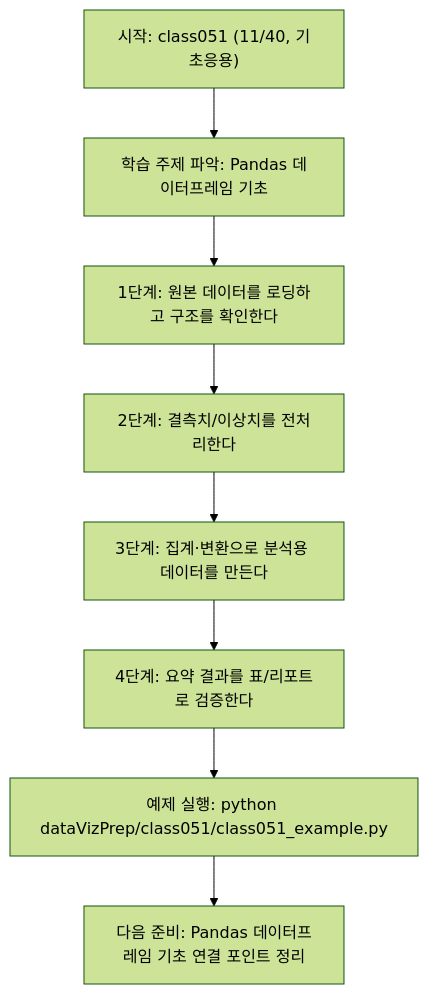
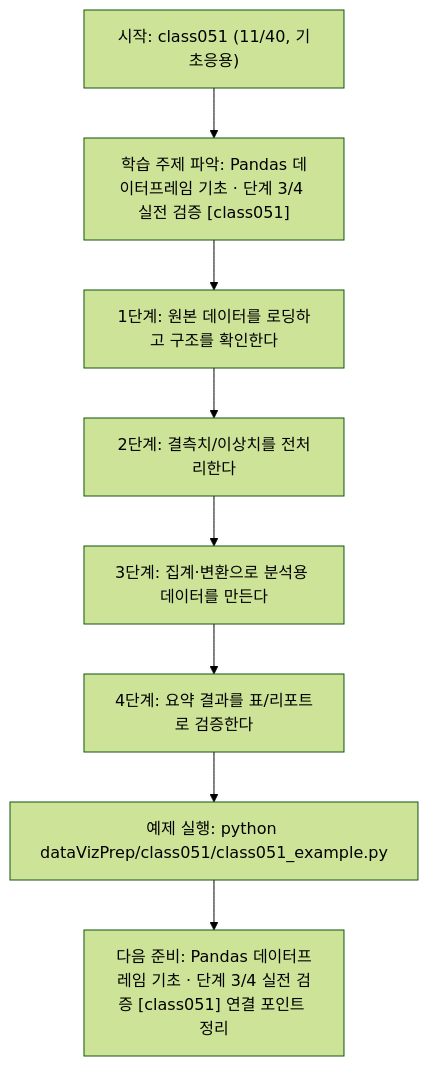
One commit to edumgt/Python-AI_Agent-Class changed the diagram in dataVizPrep/class051/class051.md. Above: the diagram before and after it, drawn with Mermaid (forest theme). The commit also changed other lines of this file and 522 other files, not shown here.

````diff
--- a/dataVizPrep/class051/class051.md
+++ b/dataVizPrep/class051/class051.md
@@ -110,18 +111,18 @@
 ```mermaid
 flowchart TD
 N1["시작: class051 (11/40, 기초응용)"]
-N2["학습 주제 파악: Pandas 데이터프레임 기초"]
+N2["학습 주제 파악: Pandas 데이터프레임 기초 · 단계 3/4 실전 검증 [class051]"]
 N3["1단계: 원본 데이터를 로딩하고 구조를 확인한다"]
 N4["2단계: 결측치/이상치를 전처리한다"]
 N5["3단계: 집계·변환으로 분석용 데이터를 만든다"]
 N6["4단계: 요약 결과를 표/리포트로 검증한다"]
 N7["예제 실행: python dataVizPrep/class051/class051_example.py"]
-N8["다음 준비: Pandas 데이터프레임 기초 연결 포인트 정리"]
+N8["다음 준비: Pandas 데이터프레임 기초 · 단계 3/4 실전 검증 [class051] 연결 포인트 정리"]
 N1 --> N2
 N2 --> N3
 N3 --> N4
 N4 --> N5
 N5 --> N6
 N6 --> N7
 N7 --> N8
 ```
````
